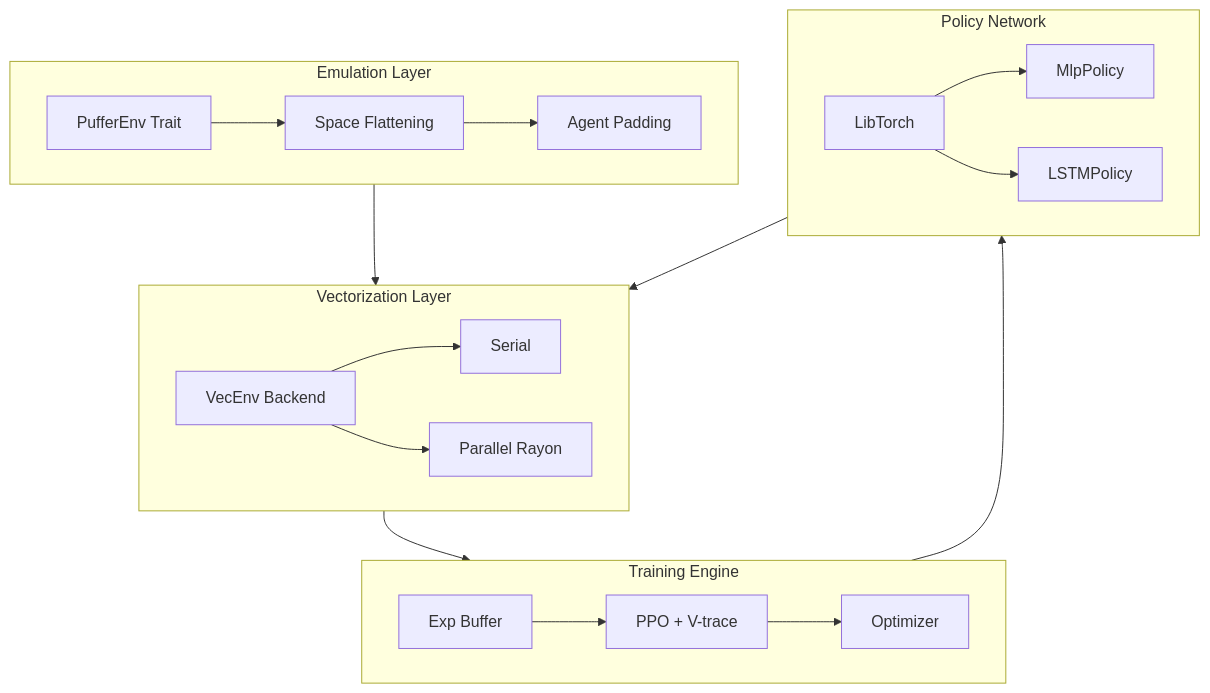
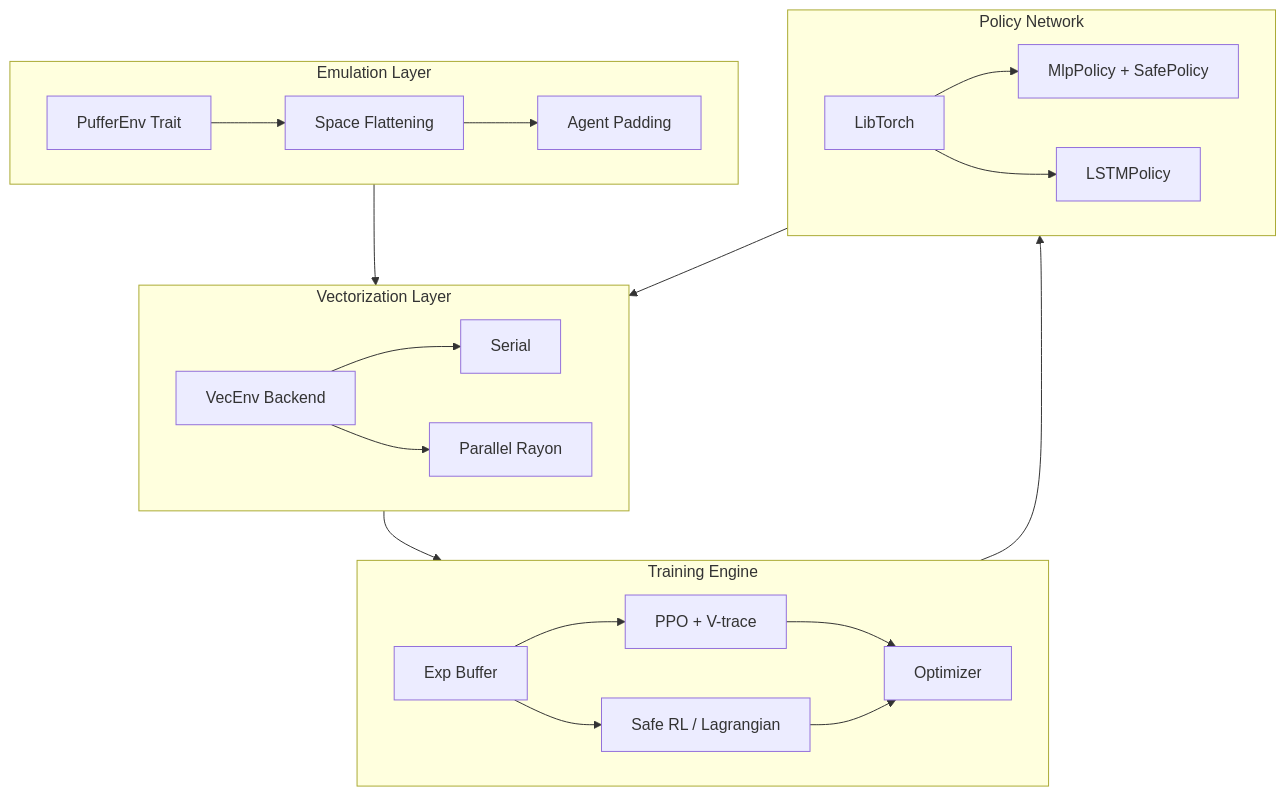
The diagram in ARCHITECTURE.md (101amolkadam/pufferlib-rust), drawn with Mermaid before and after one commit. The commit also changed other lines of this file and 112 other files, not shown here.

````diff
--- a/ARCHITECTURE.md
+++ b/ARCHITECTURE.md
@@ -11,27 +11,29 @@
 ```mermaid
 graph TD
     subgraph Emulation[Emulation Layer]
         A[PufferEnv Trait] --> S[Space Flattening]
         S --> P[Agent Padding]
     end
 
     subgraph Vector[Vectorization Layer]
         V[VecEnv Backend] --> SER[Serial]
         V --> PAR[Parallel Rayon]
     end
 
     subgraph Train[Training Engine]
         B[Exp Buffer] --> PPO[PPO + V-trace]
+        B --> SAFE[Safe RL / Lagrangian]
         PPO --> OPT[Optimizer]
+        SAFE --> OPT
     end
 
     subgraph Network[Policy Network]
-        L[LibTorch] --> MLP[MlpPolicy]
+        L[LibTorch] --> MLP[MlpPolicy + SafePolicy]
         L --> Rec[LSTMPolicy]
     end
 
     Emulation --> Vector
     Vector  --> Train
     Train   --> Network
     Network --> Vector
 ```
````
